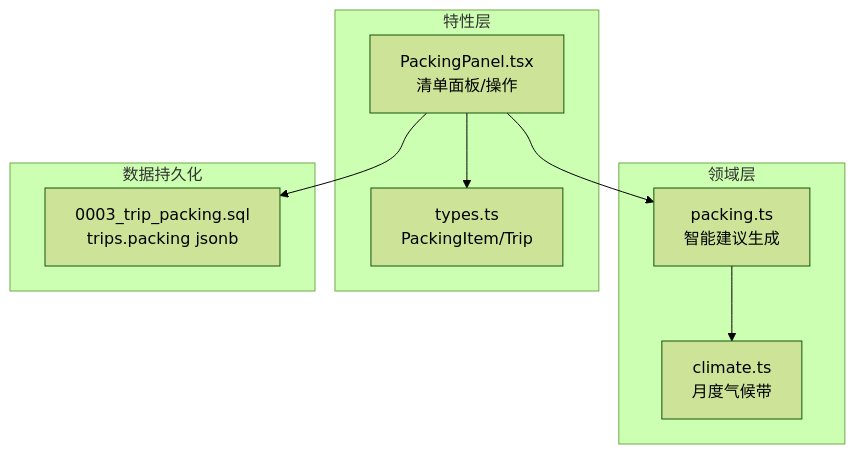
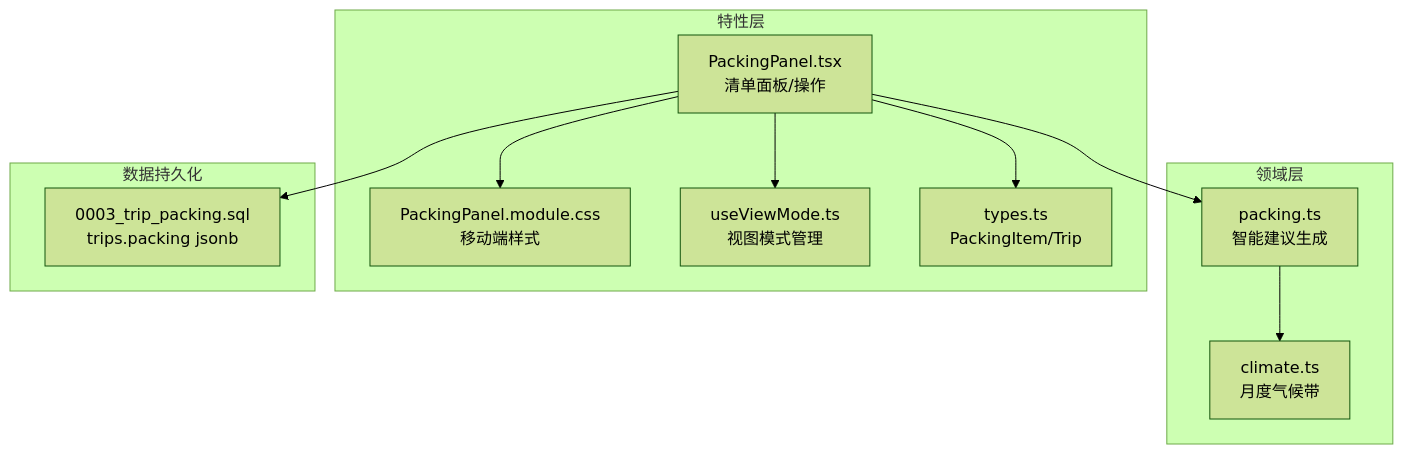
One commit to huangyilu/wanwuyishi changed the first of 8 diagrams in .qoder/repowiki/zh/content/核心功能模块/打包清单模块.md. Above: the diagram before and after it, drawn with Mermaid (forest theme). The commit also changed other lines of this file and 103 other files, not shown here.

````diff
--- a/.qoder/repowiki/zh/content/核心功能模块/打包清单模块.md
+++ b/.qoder/repowiki/zh/content/核心功能模块/打包清单模块.md
@@ -31,18 +45,22 @@
 ```mermaid
 graph TB
 subgraph "领域层"
 P["packing.ts<br/>智能建议生成"]
 C["climate.ts<br/>月度气候带"]
 end
 subgraph "特性层"
 UI["PackingPanel.tsx<br/>清单面板/操作"]
+CSS["PackingPanel.module.css<br/>移动端样式"]
+VM["useViewMode.ts<br/>视图模式管理"]
 T["types.ts<br/>PackingItem/Trip"]
 end
 subgraph "数据持久化"
 M["0003_trip_packing.sql<br/>trips.packing jsonb"]
 end
 UI --> P
 P --> C
+UI --> CSS
+UI --> VM
 UI --> T
 UI --> M
 ```
````
